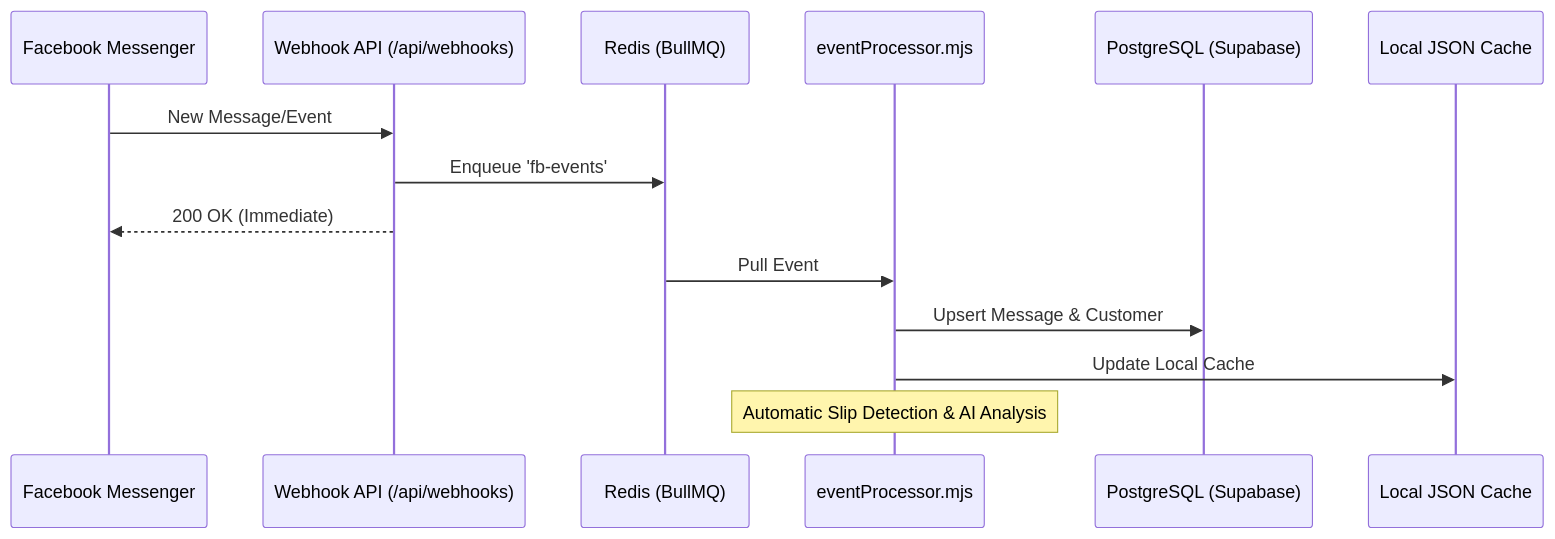
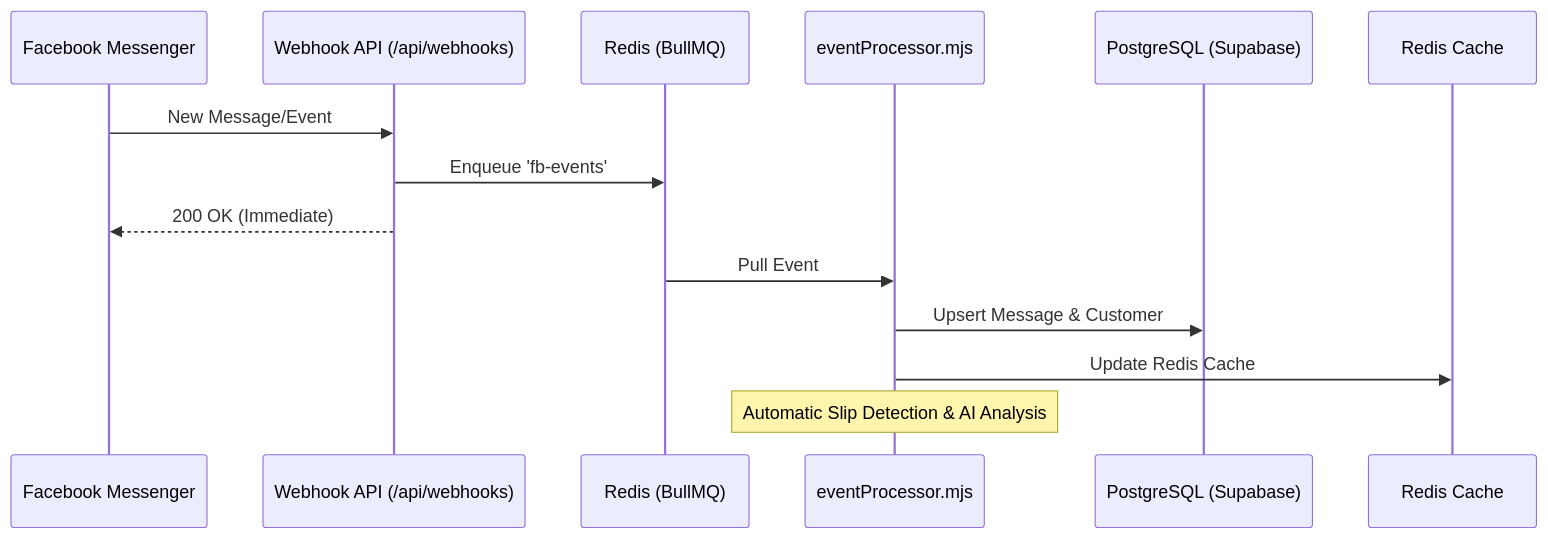
One commit to Freshair129/crmapp changed the fifth of 6 diagrams in docs/architecture/arc42-main.md. Above: the diagram before and after it, drawn with Mermaid. The commit also changed other lines of this file and 18 other files, not shown here.

````diff
--- a/docs/architecture/arc42-main.md
+++ b/docs/architecture/arc42-main.md
@@ -155,18 +176,18 @@
 ```mermaid
 sequenceDiagram
     participant FB as Facebook Messenger
     participant WH as Webhook API (/api/webhooks)
     participant RD as Redis (BullMQ)
     participant WK as eventProcessor.mjs
     participant DB as PostgreSQL (Supabase)
-    participant LC as Local JSON Cache
+    participant LC as Redis Cache
 
     FB->>WH: New Message/Event
     WH->>RD: Enqueue 'fb-events'
     WH-->>FB: 200 OK (Immediate)
     
     RD->>WK: Pull Event
     WK->>DB: Upsert Message & Customer
-    WK->>LC: Update Local Cache
+    WK->>LC: Update Redis Cache
     Note over WK: Automatic Slip Detection & AI Analysis
 ```
````
